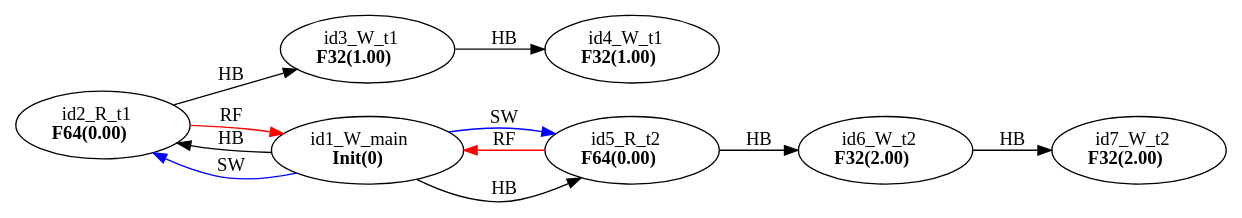
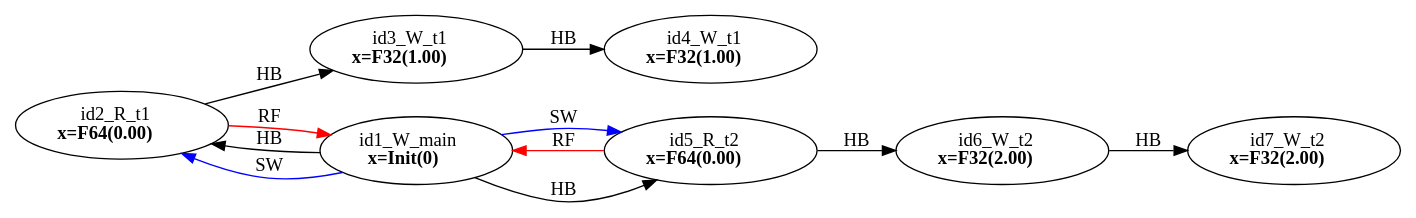
Before and after one commit to FMJS/EMME: the diagram in examples/single_var/sv_simple23/mm1.dot, drawn with Graphviz. The commit also changed 257 other files, not shown here.

```diff
--- a/examples/single_var/sv_simple23/mm1.dot
+++ b/examples/single_var/sv_simple23/mm1.dot
@@ -1,21 +1,21 @@
 digraph memory_model {
 rankdir=LR;
 splines=true; esep=0.5;
 id2_R_t1 -> id3_W_t1 [label = "HB", color="black"];
 id3_W_t1 -> id4_W_t1 [label = "HB", color="black"];
 id5_R_t2 -> id6_W_t2 [label = "HB", color="black"];
 id6_W_t2 -> id7_W_t2 [label = "HB", color="black"];
 id1_W_main -> id2_R_t1 [label = "HB", color="black"];
 id1_W_main -> id5_R_t2 [label = "HB", color="black"];
 id2_R_t1 -> id1_W_main [label = "RF", color="red"];
 id5_R_t2 -> id1_W_main [label = "RF", color="red"];
 id1_W_main -> id2_R_t1 [label = "SW", color="blue"];
 id1_W_main -> id5_R_t2 [label = "SW", color="blue"];
-id1_W_main [label=<id1_W_main<br/><B>Init(0)</B>>, pos="2.5,6!"]
-id2_R_t1 [label=<id2_R_t1<br/><B>F64(0.00)</B>>, pos="0,4!"]
-id3_W_t1 [label=<id3_W_t1<br/><B>F32(1.00)</B>>, pos="0,2!"]
-id4_W_t1 [label=<id4_W_t1<br/><B>F32(1.00)</B>>, pos="0,0!"]
-id5_R_t2 [label=<id5_R_t2<br/><B>F64(0.00)</B>>, pos="5,4!"]
-id6_W_t2 [label=<id6_W_t2<br/><B>F32(2.00)</B>>, pos="5,2!"]
-id7_W_t2 [label=<id7_W_t2<br/><B>F32(2.00)</B>>, pos="5,0!"]
+id1_W_main [label=<id1_W_main<br/><B>x=Init(0)</B>>, pos="2.5,6!"]
+id2_R_t1 [label=<id2_R_t1<br/><B>x=F64(0.00)</B>>, pos="0,4!"]
+id3_W_t1 [label=<id3_W_t1<br/><B>x=F32(1.00)</B>>, pos="0,2!"]
+id4_W_t1 [label=<id4_W_t1<br/><B>x=F32(1.00)</B>>, pos="0,0!"]
+id5_R_t2 [label=<id5_R_t2<br/><B>x=F64(0.00)</B>>, pos="5,4!"]
+id6_W_t2 [label=<id6_W_t2<br/><B>x=F32(2.00)</B>>, pos="5,2!"]
+id7_W_t2 [label=<id7_W_t2<br/><B>x=F32(2.00)</B>>, pos="5,0!"]
 }
```
